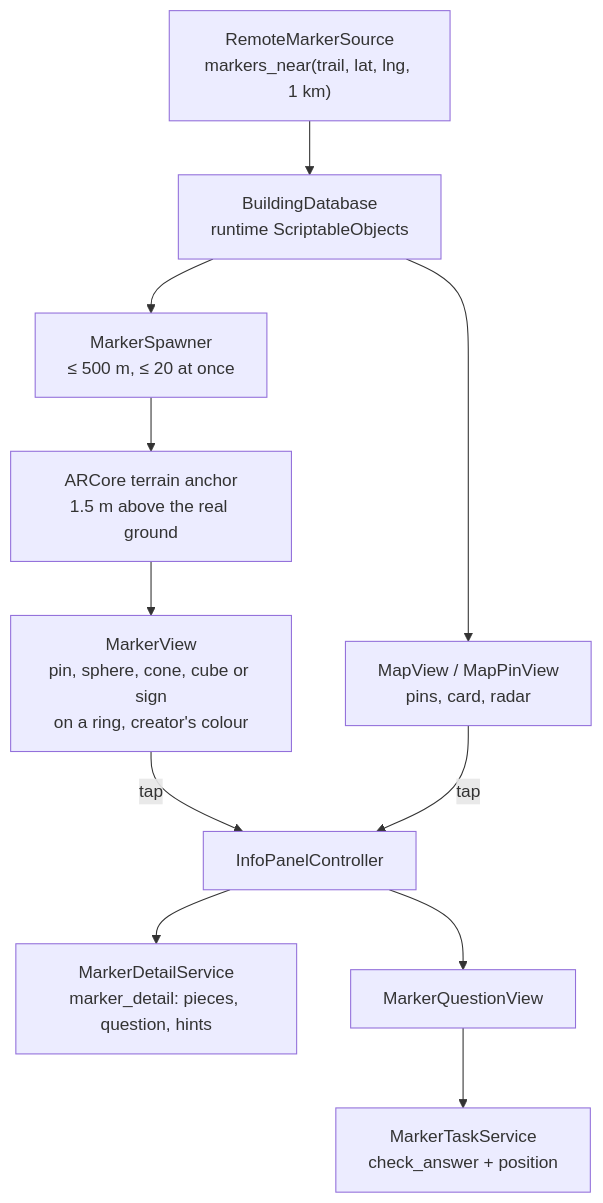
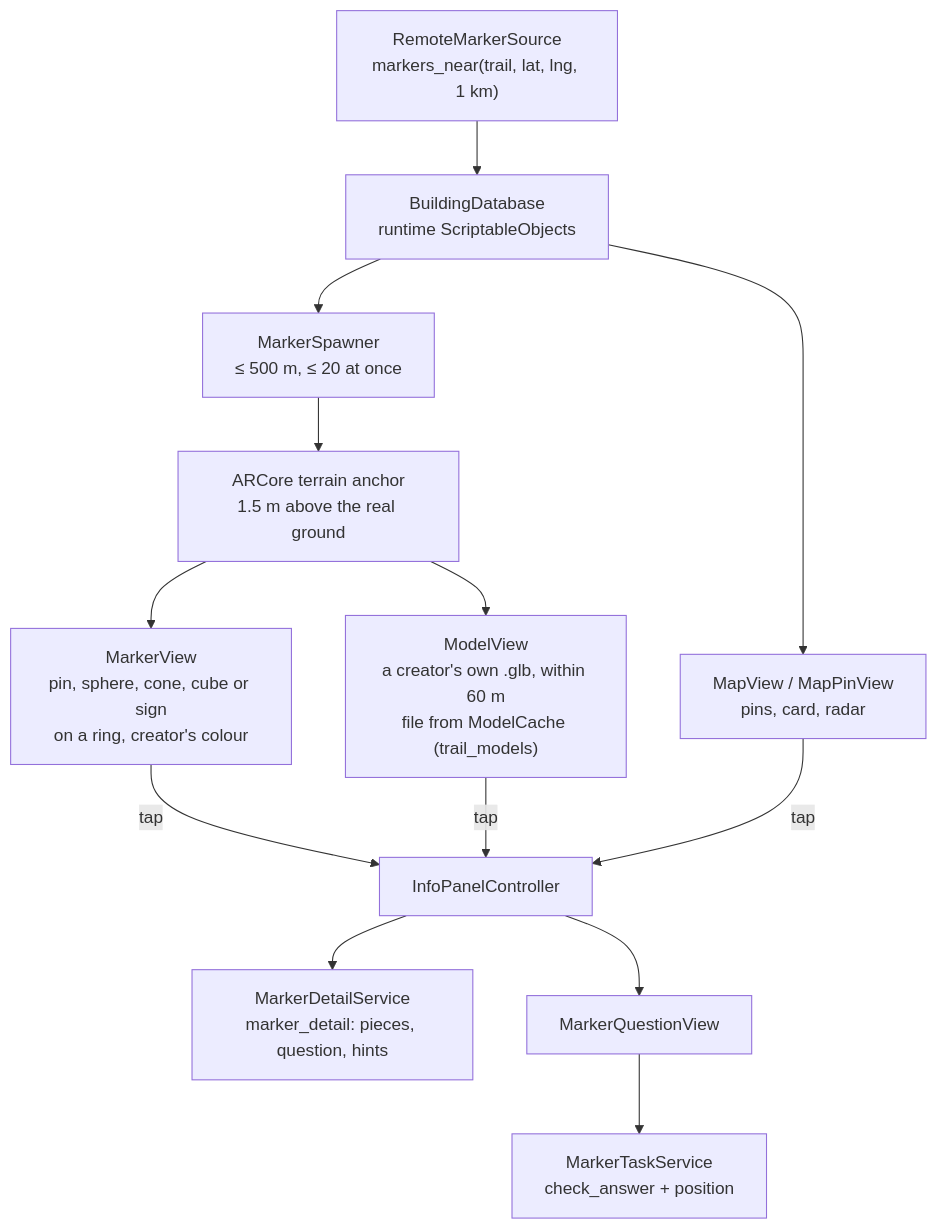
One commit to ZalexZal/meARc changed the second of 2 diagrams in README.md. Above: the diagram before and after it, drawn with Mermaid. The commit also changed other lines of this file and 86 other files, not shown here.

````diff
--- a/README.md
+++ b/README.md
@@ -348,13 +360,15 @@
 ```mermaid
 flowchart TD
     RMS["RemoteMarkerSource<br/>markers_near(trail, lat, lng, 1 km)"] --> BD["BuildingDatabase<br/>runtime ScriptableObjects"]
     BD --> MAP["MapView / MapPinView<br/>pins, card, radar"]
     BD --> SP["MarkerSpawner<br/>≤ 500 m, ≤ 20 at once"]
     SP --> AN["ARCore terrain anchor<br/>1.5 m above the real ground"]
     AN --> MV["MarkerView<br/>pin, sphere, cone, cube or sign<br/>on a ring, creator's colour"]
+    AN --> MOV["ModelView<br/>a creator's own .glb, within 60 m<br/>file from ModelCache (trail_models)"]
     MV -- tap --> IP["InfoPanelController"]
+    MOV -- tap --> IP
     MAP -- tap --> IP
     IP --> MD["MarkerDetailService<br/>marker_detail: pieces, question, hints"]
     IP --> Q["MarkerQuestionView"]
     Q --> MT["MarkerTaskService<br/>check_answer + position"]
 ```
````
